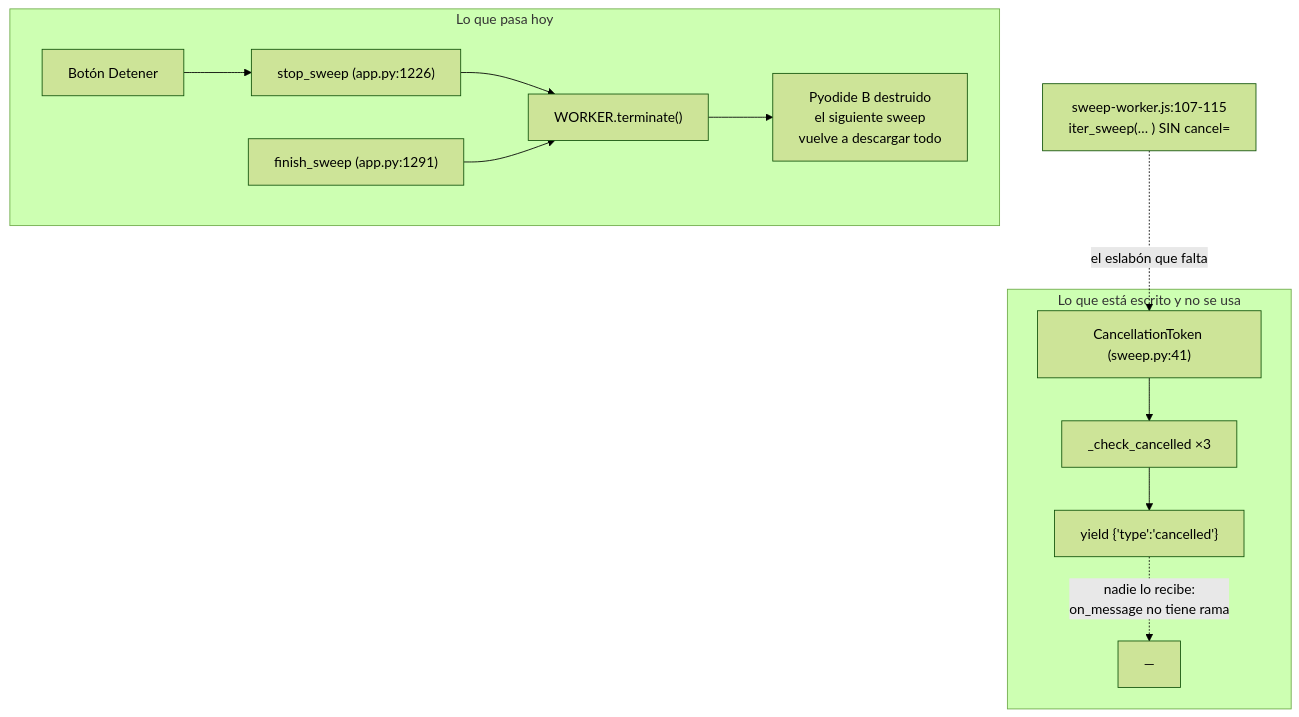
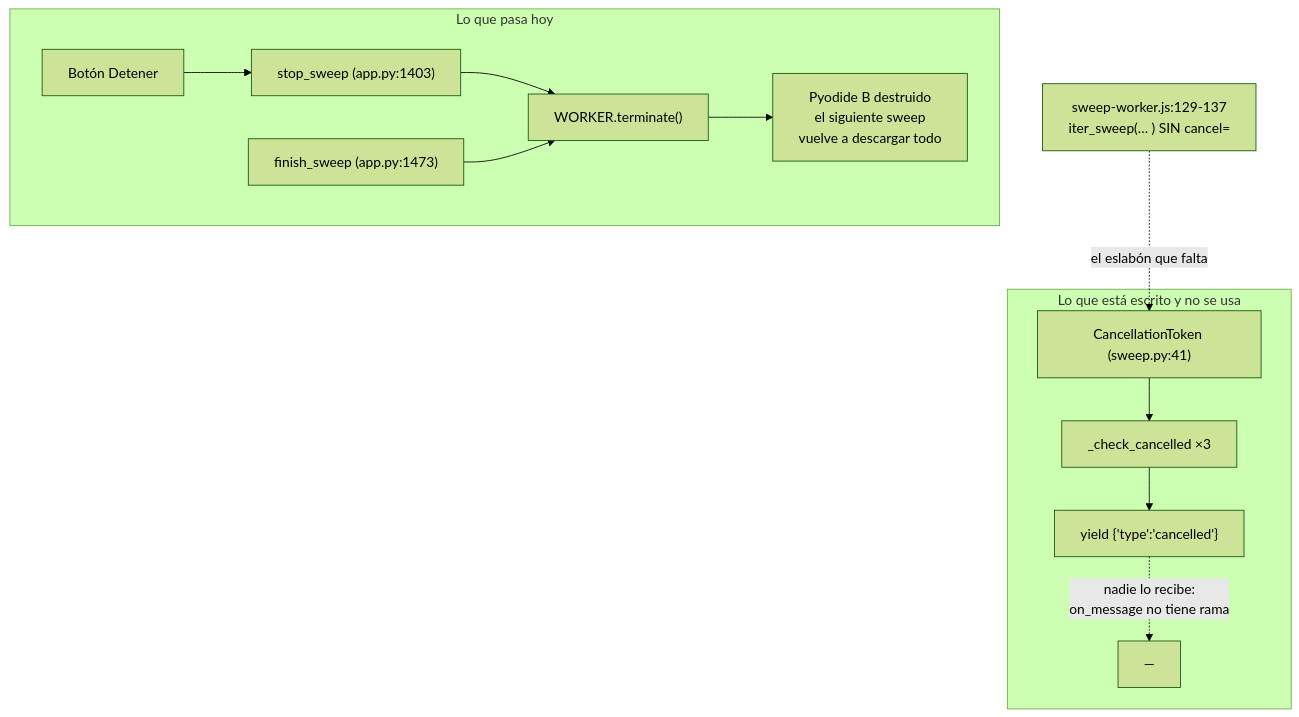
The third of 4 diagrams in docs/09-invariantes-y-deuda.md (Rou-uu/consenso-simulador), drawn with Mermaid (forest theme) before and after one commit. The commit also changed other lines of this file and 19 other files, not shown here.

````diff
--- a/docs/09-invariantes-y-deuda.md
+++ b/docs/09-invariantes-y-deuda.md
@@ -741,15 +776,15 @@
 ```mermaid
 graph TD
   subgraph hoy["Lo que pasa hoy"]
-    BTN["Botón Detener"] --> ST["stop_sweep (app.py:1226)"]
+    BTN["Botón Detener"] --> ST["stop_sweep (app.py:1403)"]
     ST --> TERM["WORKER.terminate()"]
     TERM --> DEAD["Pyodide B destruido<br/>el siguiente sweep<br/>vuelve a descargar todo"]
-    FIN["finish_sweep (app.py:1291)"] --> TERM
+    FIN["finish_sweep (app.py:1473)"] --> TERM
   end
   subgraph listo["Lo que está escrito y no se usa"]
     TOK["CancellationToken (sweep.py:41)"] --> CHK["_check_cancelled ×3"]
     CHK --> EV["yield {'type':'cancelled'}"]
     EV -.->|nadie lo recibe:<br/>on_message no tiene rama| NADA["—"]
   end
-  WK["sweep-worker.js:107-115<br/>iter_sweep(… ) SIN cancel="] -.->|el eslabón que falta| TOK
+  WK["sweep-worker.js:129-137<br/>iter_sweep(… ) SIN cancel="] -.->|el eslabón que falta| TOK
 ```
````
